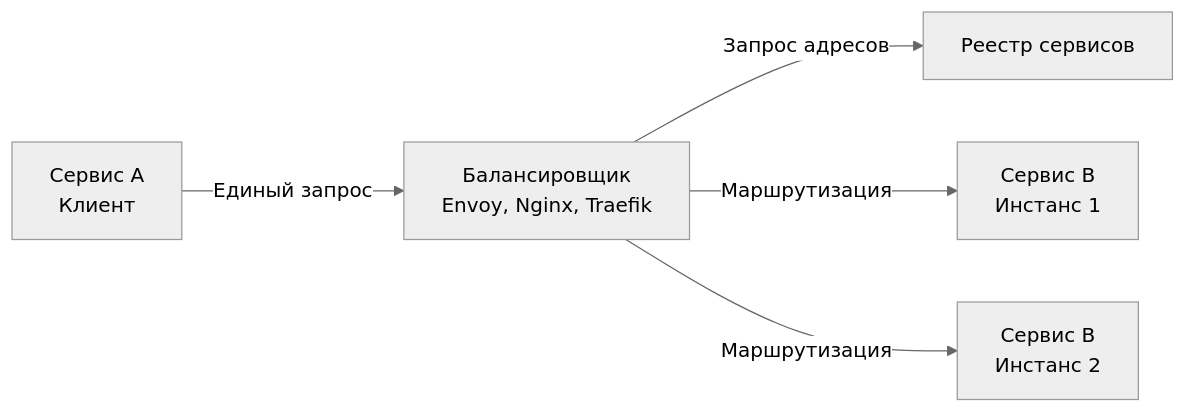
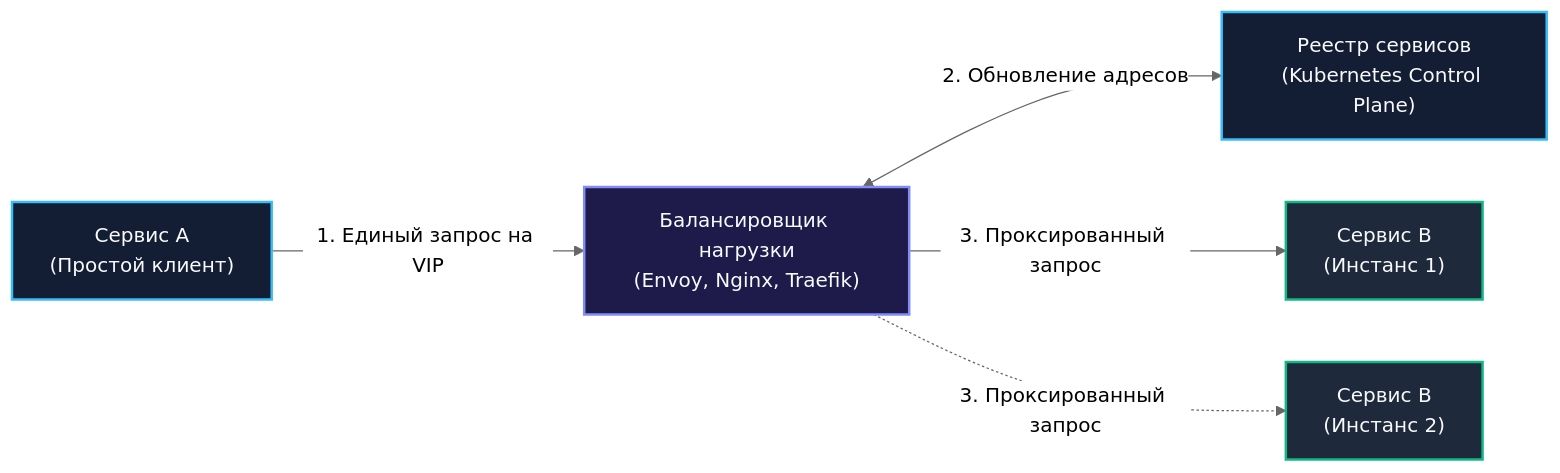
The second of 2 diagrams in sources/11. Архитектура и System Design/34. Service Discovery. Client side и Server side.md (UnrealTemplier/go-textbook), drawn with Mermaid (neutral theme) before and after one commit. The commit also changed other lines of this file, not shown here.

````diff
--- a/sources/11. Архитектура и System Design/34. Service Discovery. Client side и Server side.md
+++ b/sources/11. Архитектура и System Design/34. Service Discovery. Client side и Server side.md
@@ -46,13 +71,22 @@
 ```mermaid
 flowchart LR
-    Client["Сервис A<br>Клиент"]
-    LB["Балансировщик<br>Envoy, Nginx, Traefik"]
-    Registry["Реестр сервисов"]
-    Backend1["Сервис B<br>Инстанс 1"]
-    Backend2["Сервис B<br>Инстанс 2"]
+    Client["Сервис A<br>(Простой клиент)"]
+    LB["Балансировщик нагрузки<br>(Envoy, Nginx, Traefik)"]
+    Registry["Реестр сервисов<br>(Kubernetes Control Plane)"]
+    Backend1["Сервис B<br>(Инстанс 1)"]
+    Backend2["Сервис B<br>(Инстанс 2)"]
 
-    Client -->|"Единый запрос"| LB
-    LB -->|"Запрос адресов"| Registry
-    LB -->|"Маршрутизация"| Backend1
-    LB -->|"Маршрутизация"| Backend2
+    Client -->|"1. Единый запрос на VIP"| LB
+    LB <-->|"2. Обновление адресов"| Registry
+    LB -->|"3. Проксированный запрос"| Backend1
+    LB -.->|"3. Проксированный запрос"| Backend2
+
+    classDef client fill:#131d33,stroke:#38bdf8,stroke-width:2px,color:#f8fafc;
+    classDef lb fill:#1e1b4b,stroke:#818cf8,stroke-width:2px,color:#f8fafc;
+    classDef reg fill:#131d33,stroke:#38bdf8,stroke-width:2px,color:#f8fafc;
+    classDef bnd fill:#1e293b,stroke:#10b981,stroke-width:2px,color:#f8fafc;
+    class Client client;
+    class LB lb;
+    class Registry reg;
+    class Backend1,Backend2 bnd;
 ```
````
